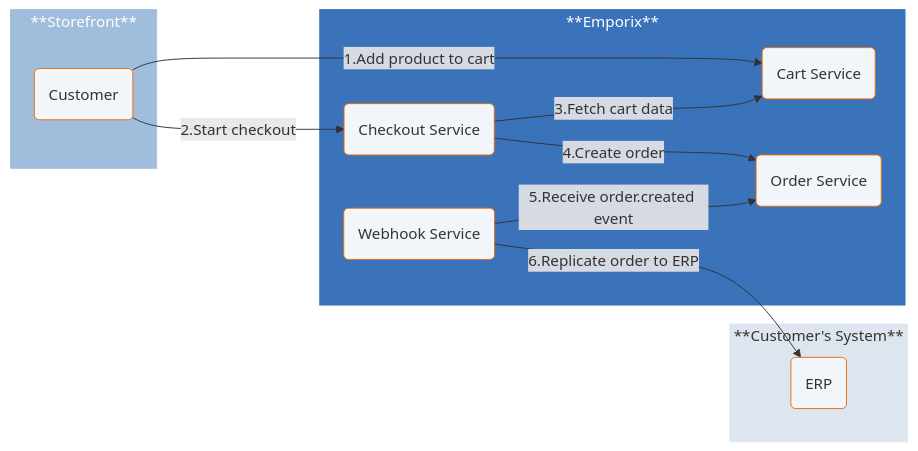
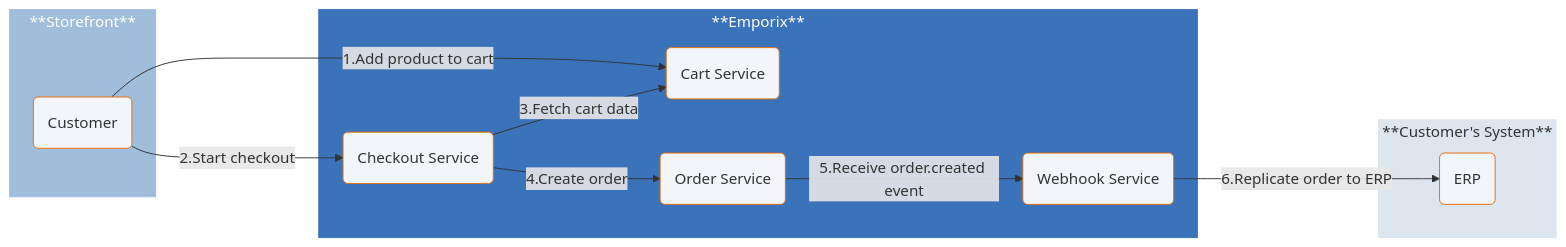
Before and after one commit to emporix/api-references: the first of 3 diagrams in orders/order/order.md, drawn with Mermaid. The commit also changed other lines of this file and 3 other files, not shown here.

Commit message:
COP-3102 Diagram update

````diff
--- a/orders/order/order.md
+++ b/orders/order/order.md
@@ -34,48 +34,48 @@
 ```mermaid
 ---
 config:
   layout: fixed
   theme: default
   look: classic
 ---
 flowchart LR
  subgraph subGraph0["**Storefront**"]
         A["Customer"]
   end
  subgraph subGraph1["**Emporix**"]
         CS["Cart Service"]
         CHK["Checkout Service"]
         OS["Order Service"]
         WS["Webhook Service"]
   end
  subgraph subGraph2["**Customer's System**"]
         ERP["ERP"]
   end
     A -- "1.Add product to cart" --> CS
     A -- "2.Start checkout" --> CHK
     CHK -- "3.Fetch cart data" --> CS
     CHK -- "4.Create order" --> OS
-    WS -- "5.Receive order.created event" --> OS
+    OS -- "5.Receive order.created event" --> WS
     WS -- "6.Replicate order to ERP" --> ERP
     A@{ shape: rounded}
     CS@{ shape: rounded}
     CHK@{ shape: rounded}
     OS@{ shape: rounded}
     ERP@{ shape: rounded}
     WS@{ shape: rounded}
      A:::Class_04
      CS:::Class_04
      CHK:::Class_04
      OS:::Class_04
      WS:::Class_04
      ERP:::Class_04
      subGraph1:::Class_03
      subGraph0:::Class_01
      subGraph2:::Class_02
     classDef Class_02 stroke-width:1px, stroke-dasharray: 0, stroke:#DDE6EE, fill:#DDE6EE
     classDef Class_01 stroke-width:1px, stroke-dasharray: 0, stroke:#A1BDDC, fill:#A1BDDC
     classDef Class_03 stroke-width:1px, stroke-dasharray: 0, stroke:#3b73bb, fill:#3b73bb
     classDef Class_04 fill:#F2F6FA, stroke:#E86C07
     style subGraph0 color:#FFFFFF
     style subGraph1 color:#FFFFFF
 ```
````
